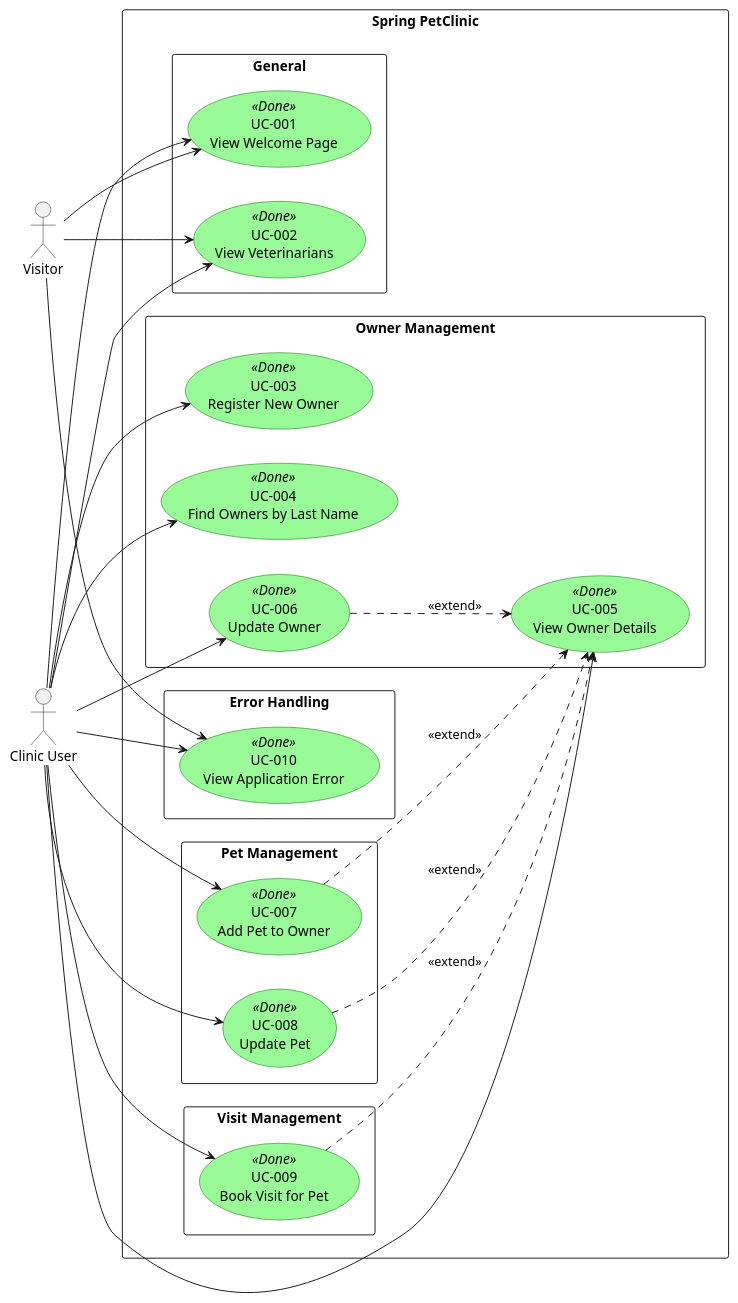
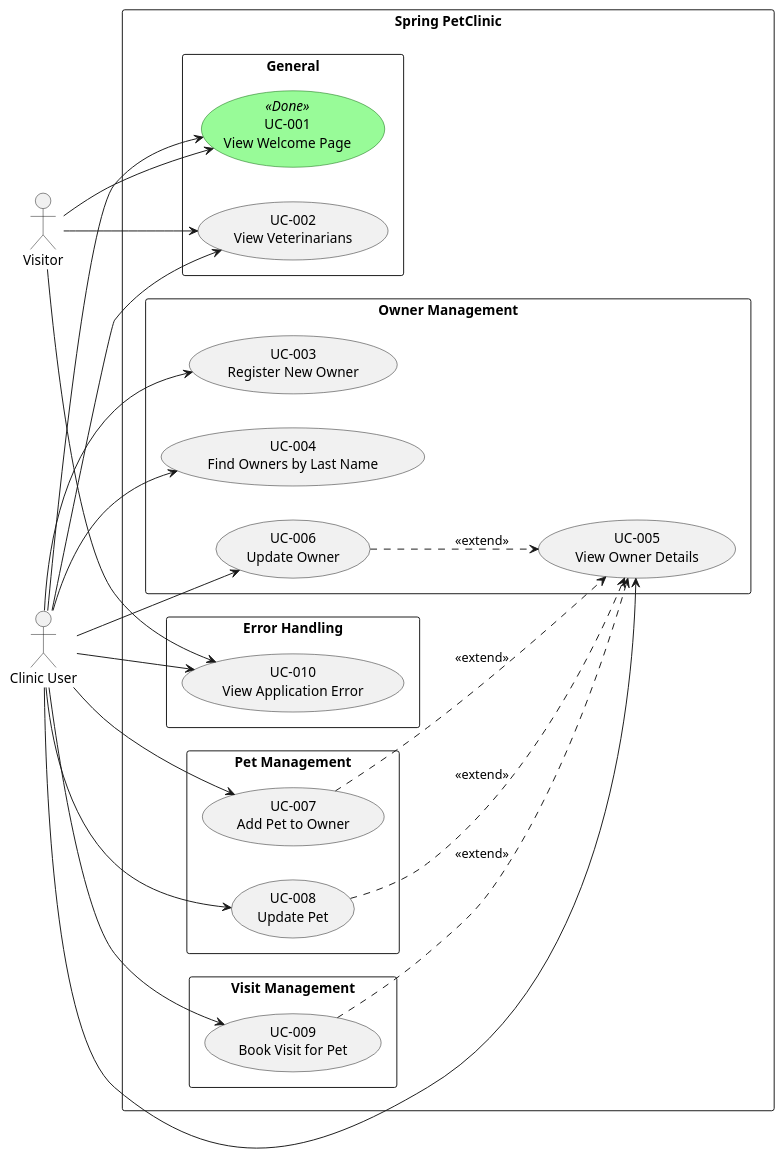
The diagram in docs/use_cases.puml (AI-Unified-Process/petclinic), drawn with PlantUML before and after one commit.

Commit message:
Revert use cases to TODO status in activity diagram
Remove <<Done>> stereotypes from UC-002 through UC-010 in
docs/use_cases.puml, reflecting that only UC-001 (View Welcome
Page) remains completed.

```diff
--- a/docs/use_cases.puml
+++ b/docs/use_cases.puml
@@ -1,63 +1,63 @@
 @startuml Use Cases Overview
 left to right direction
 skinparam packageStyle rectangle
 skinparam usecase {
     BackgroundColor<<Done>> PaleGreen
     BorderColor<<Done>> DarkGreen
 }
 
 actor "Visitor" as visitor
 actor "Clinic User" as user
 
 rectangle "Spring PetClinic" {
 
     package "General" {
         usecase "UC-001\nView Welcome Page" as UC001 <<Done>> [[use_cases/UC-001-view-welcome-page.md]]
-        usecase "UC-002\nView Veterinarians" as UC002 <<Done>> [[use_cases/UC-002-view-veterinarians.md]]
+        usecase "UC-002\nView Veterinarians" as UC002 [[use_cases/UC-002-view-veterinarians.md]]
     }
 
     package "Owner Management" {
-        usecase "UC-003\nRegister New Owner" as UC003 <<Done>> [[use_cases/UC-003-register-new-owner.md]]
-        usecase "UC-004\nFind Owners by Last Name" as UC004 <<Done>> [[use_cases/UC-004-find-owners-by-last-name.md]]
-        usecase "UC-005\nView Owner Details" as UC005 <<Done>> [[use_cases/UC-005-view-owner-details.md]]
-        usecase "UC-006\nUpdate Owner" as UC006 <<Done>> [[use_cases/UC-006-update-owner.md]]
+        usecase "UC-003\nRegister New Owner" as UC003 [[use_cases/UC-003-register-new-owner.md]]
+        usecase "UC-004\nFind Owners by Last Name" as UC004 [[use_cases/UC-004-find-owners-by-last-name.md]]
+        usecase "UC-005\nView Owner Details" as UC005 [[use_cases/UC-005-view-owner-details.md]]
+        usecase "UC-006\nUpdate Owner" as UC006 [[use_cases/UC-006-update-owner.md]]
     }
 
     package "Pet Management" {
-        usecase "UC-007\nAdd Pet to Owner" as UC007 <<Done>> [[use_cases/UC-007-add-pet-to-owner.md]]
-        usecase "UC-008\nUpdate Pet" as UC008 <<Done>> [[use_cases/UC-008-update-pet.md]]
+        usecase "UC-007\nAdd Pet to Owner" as UC007 [[use_cases/UC-007-add-pet-to-owner.md]]
+        usecase "UC-008\nUpdate Pet" as UC008 [[use_cases/UC-008-update-pet.md]]
     }
 
     package "Visit Management" {
-        usecase "UC-009\nBook Visit for Pet" as UC009 <<Done>> [[use_cases/UC-009-book-visit-for-pet.md]]
+        usecase "UC-009\nBook Visit for Pet" as UC009 [[use_cases/UC-009-book-visit-for-pet.md]]
     }
 
     package "Error Handling" {
-        usecase "UC-010\nView Application Error" as UC010 <<Done>> [[use_cases/UC-010-view-application-error.md]]
+        usecase "UC-010\nView Application Error" as UC010 [[use_cases/UC-010-view-application-error.md]]
     }
 }
 
 ' Visitor — anonymous, read-only access
 visitor --> UC001
 visitor --> UC002
 visitor --> UC010
 
 ' Clinic User — inherits visitor access plus management use cases
 user --> UC001
 user --> UC002
 user --> UC003
 user --> UC004
 user --> UC005
 user --> UC006
 user --> UC007
 user --> UC008
 user --> UC009
 user --> UC010
 
 ' Relationships
 UC007 ..> UC005 : <<extend>>
 UC008 ..> UC005 : <<extend>>
 UC009 ..> UC005 : <<extend>>
 UC006 ..> UC005 : <<extend>>
 
 @enduml
```
